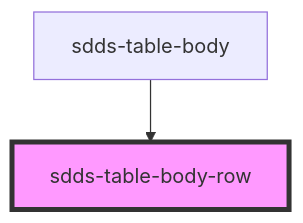
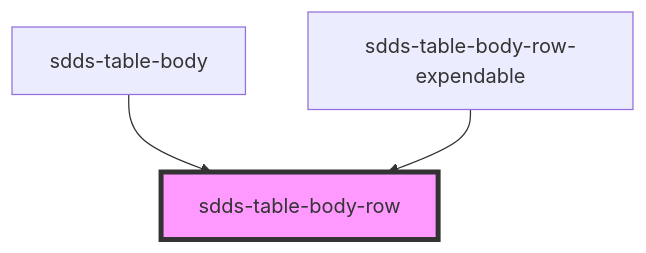
The diagram in components/src/components/data-table/table-body-row/readme.md (scania-digital-design-system/sdds), drawn with Mermaid before and after one commit. The commit also changed other lines of this file and 5 other files, not shown here.

````diff
--- a/components/src/components/data-table/table-body-row/readme.md
+++ b/components/src/components/data-table/table-body-row/readme.md
@@ -22,5 +23,6 @@
 ```mermaid
 graph TD;
   sdds-table-body --> sdds-table-body-row
+  sdds-table-body-row-expendable --> sdds-table-body-row
   style sdds-table-body-row fill:#f9f,stroke:#333,stroke-width:4px
 ```
````
